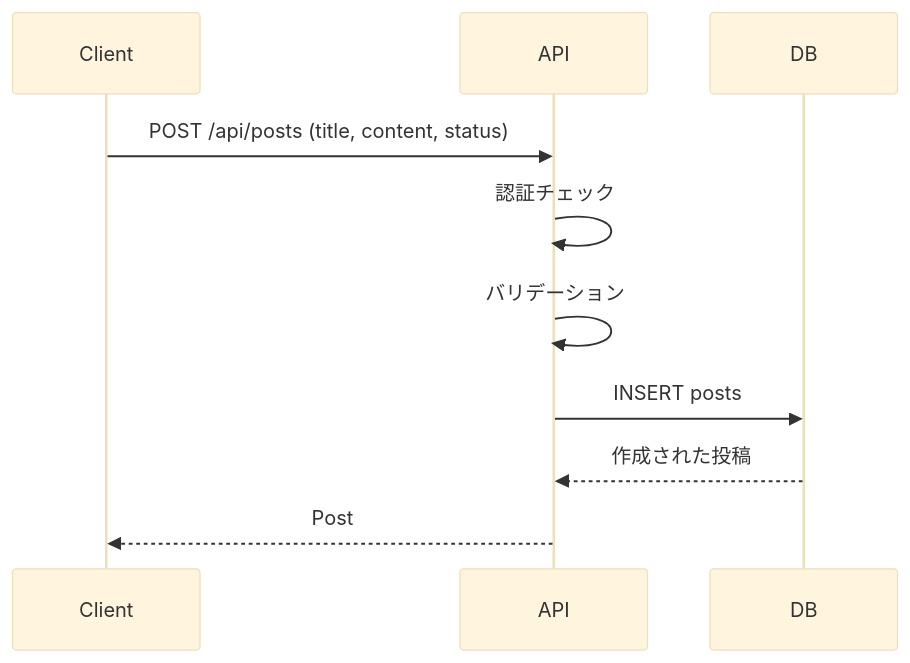
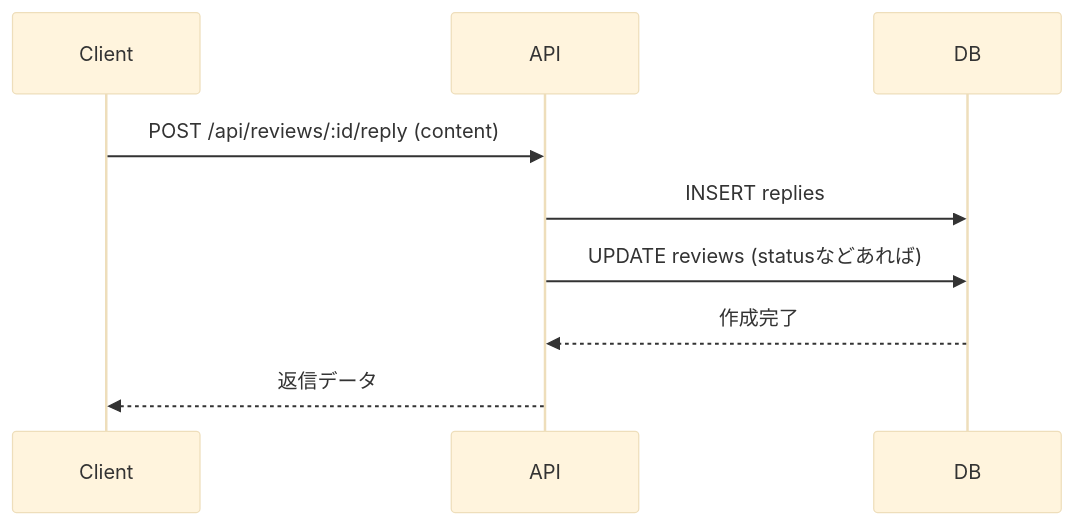
Before and after one commit to NK28116/web-PJ: the third of 3 diagrams in docs/03_data_design.md, drawn with Mermaid (base theme). The commit also changed other lines of this file and 7 other files, not shown here.

````diff
--- a/docs/03_data_design.md
+++ b/docs/03_data_design.md
@@ -203,13 +297,12 @@
 ```mermaid
 sequenceDiagram
     participant Client
     participant API
     participant DB
-    
-    Client->>API: POST /api/posts (title, content, status)
-    API->>API: 認証チェック
-    API->>API: バリデーション
-    API->>DB: INSERT posts
-    DB-->>API: 作成された投稿
-    API-->>Client: Post
+
+    Client->>API: POST /api/reviews/:id/reply (content)
+    API->>DB: INSERT replies
+    API->>DB: UPDATE reviews (statusなどあれば)
+    DB-->>API: 作成完了
+    API-->>Client: 返信データ
 ```
````
